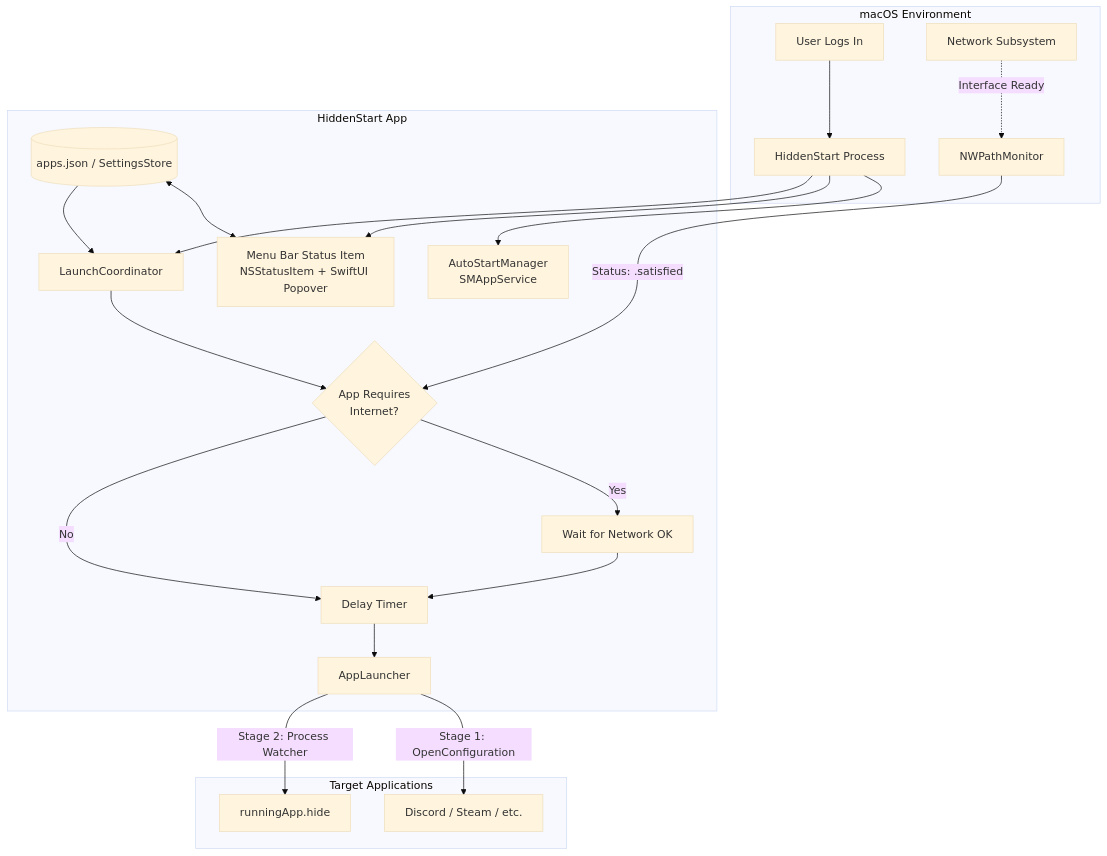
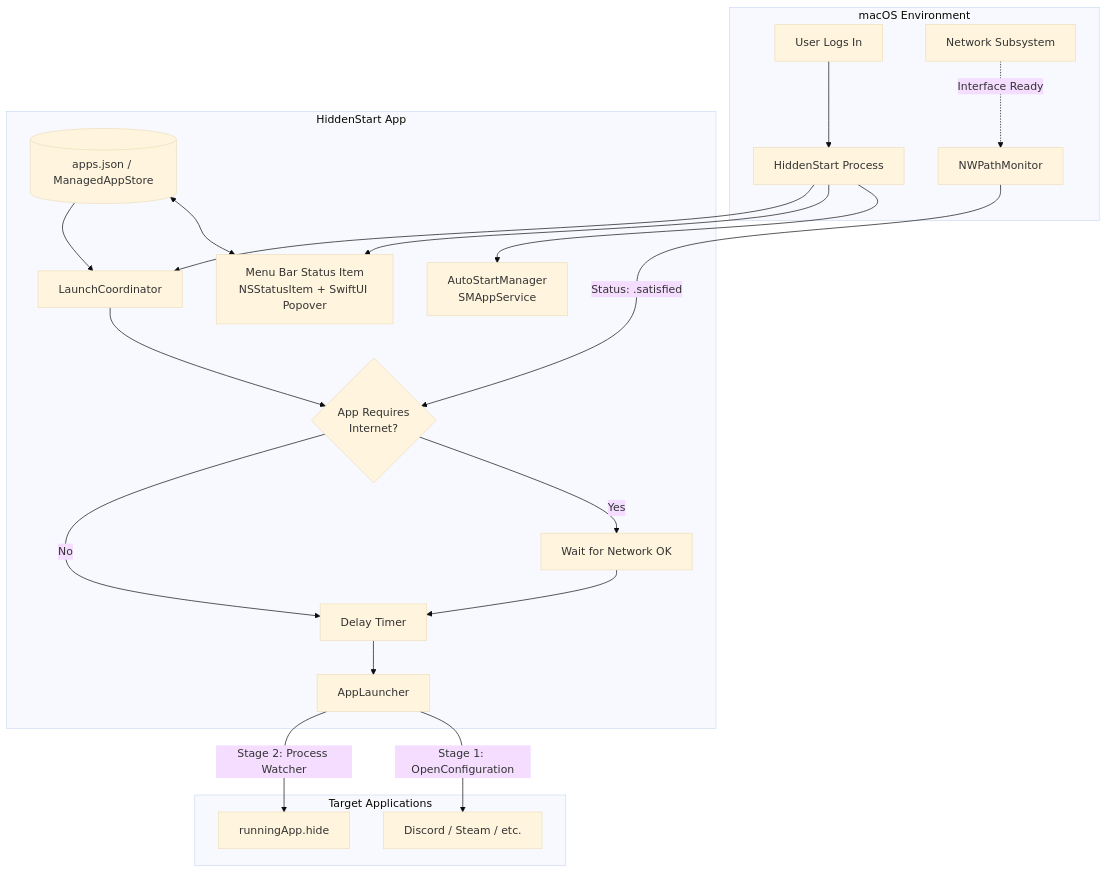
The diagram in DESIGN.md (MZEryani/HiddenStart), drawn with Mermaid (base theme) before and after one commit. The commit also changed other lines of this file and 19 other files, not shown here.

Commit message:
refactor: deepen managed app store and unify resolution, presets, and storage (#12)

````diff
--- a/DESIGN.md
+++ b/DESIGN.md
@@ -29,29 +29,29 @@
 ```mermaid
 flowchart TD
     subgraph macOS Environment
         Login[User Logs In] --> HS[HiddenStart Process]
         WiFi[Network Subsystem] -.->|Interface Ready| NWP[NWPathMonitor]
     end
 
     subgraph HiddenStart App
         HS --> SM[AutoStartManager\nSMAppService]
         HS --> MenuBar[Menu Bar Status Item\nNSStatusItem + SwiftUI Popover]
         HS --> LC[LaunchCoordinator]
         
-        Config[(apps.json / SettingsStore)] <--> MenuBar
+        Config[(apps.json / ManagedAppStore)] <--> MenuBar
         Config --> LC
         
         LC --> Gate{App Requires\nInternet?}
         NWP -->|Status: .satisfied| Gate
         Gate -- Yes --> NWWait[Wait for Network OK]
         Gate -- No --> Timer[Delay Timer]
         NWWait --> Timer
         
         Timer --> Exec[AppLauncher]
     end
 
     subgraph Target Applications
         Exec -->|Stage 1: OpenConfiguration| App1[Discord / Steam / etc.]
         Exec -->|Stage 2: Process Watcher| Hide[runningApp.hide]
     end
 ```
````
